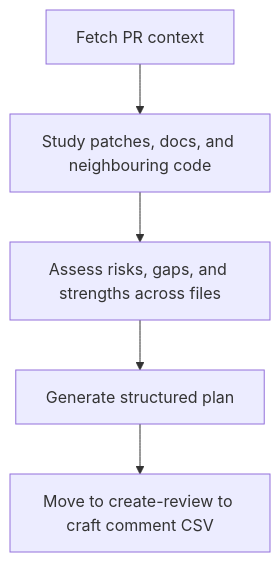
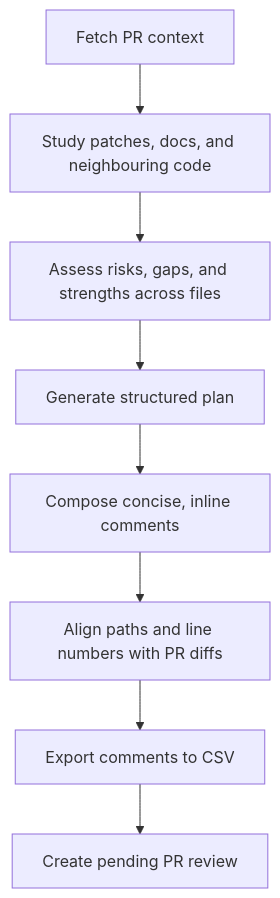
One commit to mkaczkowski/ai-command-library changed the second of 3 diagrams in README.md. Above: the diagram before and after it, drawn with Mermaid. The commit also changed other lines of this file, not shown here.

````diff
--- a/README.md
+++ b/README.md
@@ -131,8 +276,11 @@
 ```mermaid
 flowchart TD
     Context[Fetch PR context]
     Context --> Inspect[Study patches, docs, and neighbouring code]
     Inspect --> Analyze[Assess risks, gaps, and strengths across files]
     Analyze --> Output[Generate structured plan]
-    Output --> Handoff[Move to create-review to craft comment CSV]
+    Output --> Craft[Compose concise, inline comments]
+    Craft --> Map[Align paths and line numbers with PR diffs]
+    Map --> Export[Export comments to CSV]
+    Export --> RunScript[Create pending PR review]
 ```
````
